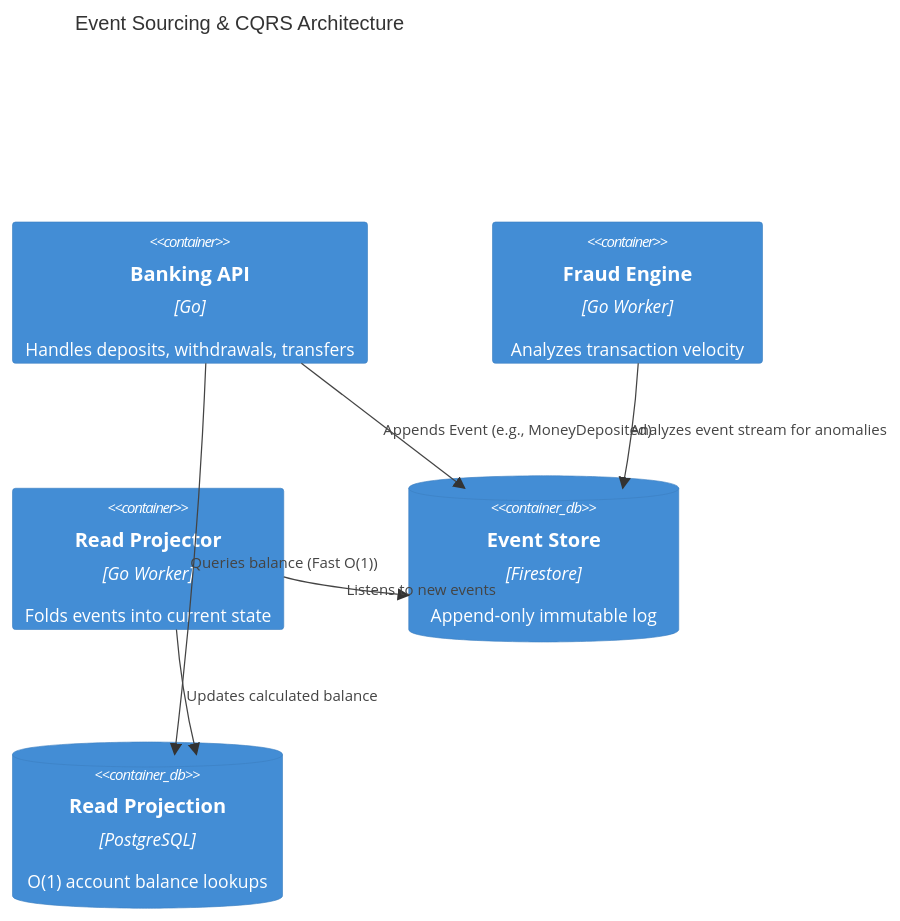
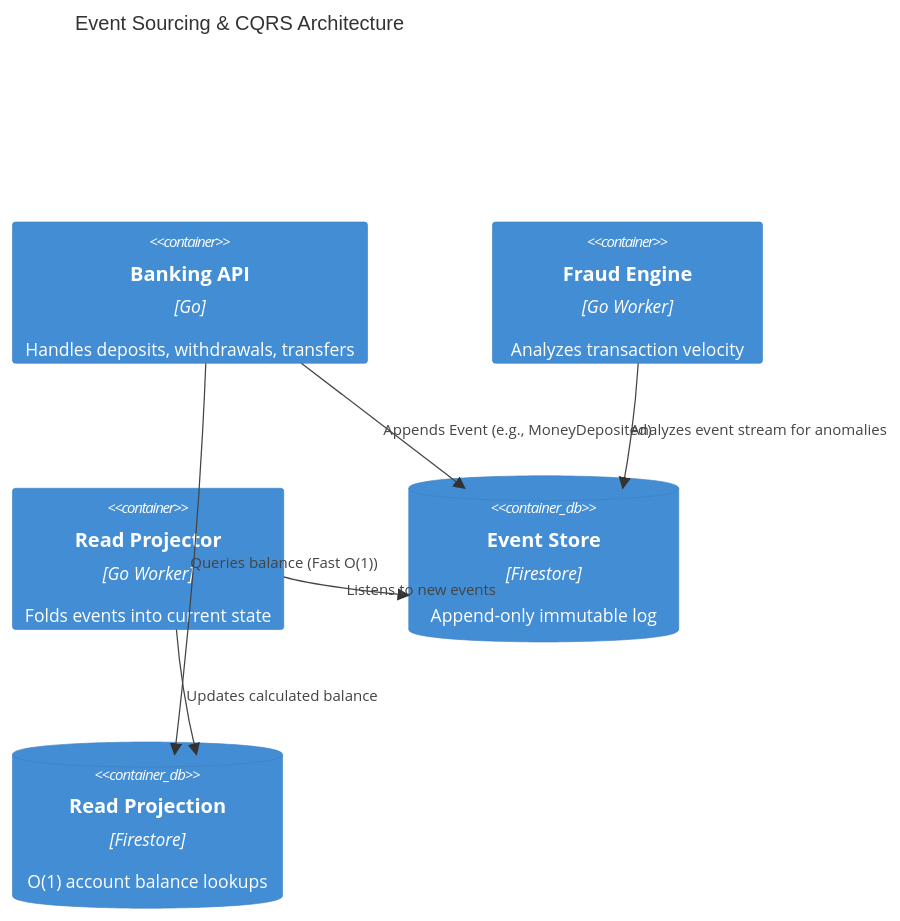
The first of 2 diagrams in content/projects/core-banking.md (khoahotran/portfolio), drawn with Mermaid before and after one commit. The commit also changed other lines of this file and 13 other files, not shown here.

````diff
--- a/content/projects/core-banking.md
+++ b/content/projects/core-banking.md
@@ -26,17 +26,17 @@
 ```mermaid
 C4Container
   title Event Sourcing & CQRS Architecture
   
   Container(api, "Banking API", "Go", "Handles deposits, withdrawals, transfers")
   Container(fraud, "Fraud Engine", "Go Worker", "Analyzes transaction velocity")
   Container(projector, "Read Projector", "Go Worker", "Folds events into current state")
   
   ContainerDb(event_store, "Event Store", "Firestore", "Append-only immutable log")
-  ContainerDb(read_model, "Read Projection", "PostgreSQL", "O(1) account balance lookups")
+  ContainerDb(read_model, "Read Projection", "Firestore", "O(1) account balance lookups")
   
   Rel(api, event_store, "Appends Event (e.g., MoneyDeposited)")
   Rel(projector, event_store, "Listens to new events")
   Rel(projector, read_model, "Updates calculated balance")
   Rel(api, read_model, "Queries balance (Fast O(1))")
   Rel(fraud, event_store, "Analyzes event stream for anomalies")
 ```
````
